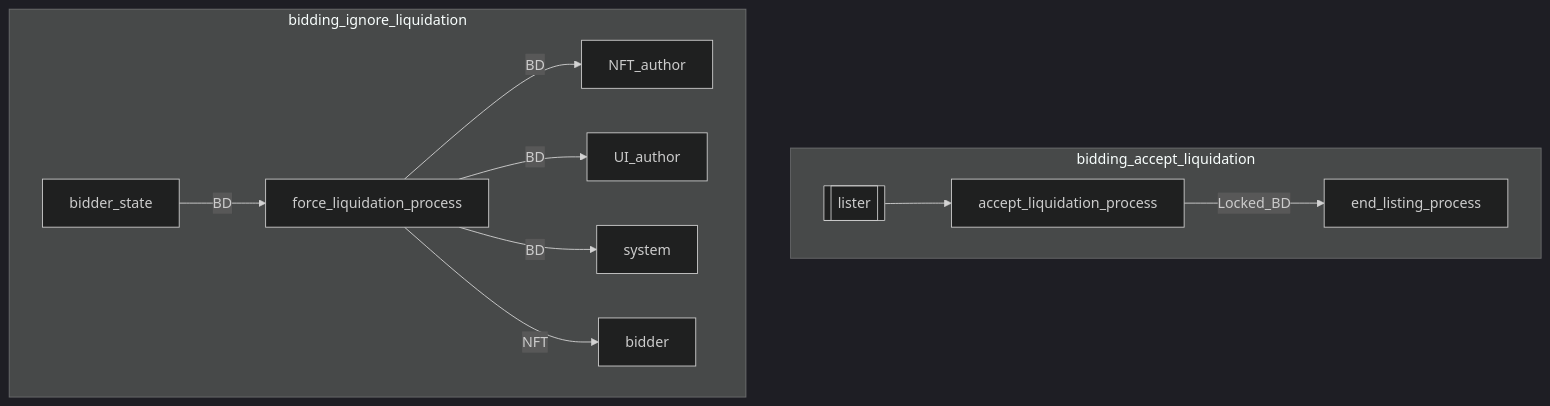
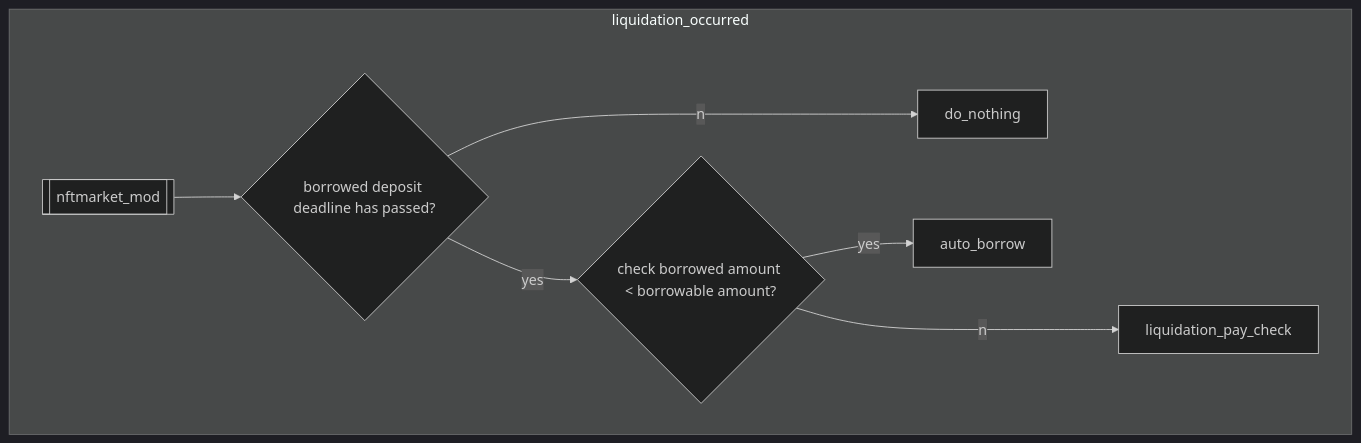
The seventh of 9 diagrams in docs/architecture/adr-nft-market/03_listing_state.md (UnUniFi/chain), drawn with Mermaid (dark theme) before and after one commit. The commit also changed other lines of this file and 1 other file, not shown here.

Commit message:
feat: update flow for v2

````diff
--- a/docs/architecture/adr-nft-market/03_listing_state.md
+++ b/docs/architecture/adr-nft-market/03_listing_state.md
@@ -157,17 +145,13 @@
 ```mermaid
 flowchart TD
-subgraph bidding_accept_liquidation
-  lister3[[lister]]
+subgraph liquidation_occurred
+  nftmarket_mod[[nftmarket_mod]]
 
-  lister3 --> accept_liquidation_process
-  accept_liquidation_process--Locked_BD--> end_listing_process
+  nftmarket_mod --> check_deposit_deadline{borrowed deposit deadline has passed?}
+  check_deposit_deadline --yes--> check_amount{check borrowed amount < borrowable amount?}
+  check_deposit_deadline --no--> do_nothing
+  check_amount --yes--> auto_borrow
+  check_amount --no--> liquidation_pay_check
 end
 
-subgraph bidding_ignore_liquidation
-  bidder_state--BD--> force_liquidation_process
-  force_liquidation_process --BD--> NFT_author
-  force_liquidation_process --BD--> UI_author
-  force_liquidation_process --BD--> system
-  force_liquidation_process --NFT--> bidder
-end
 ```
````
